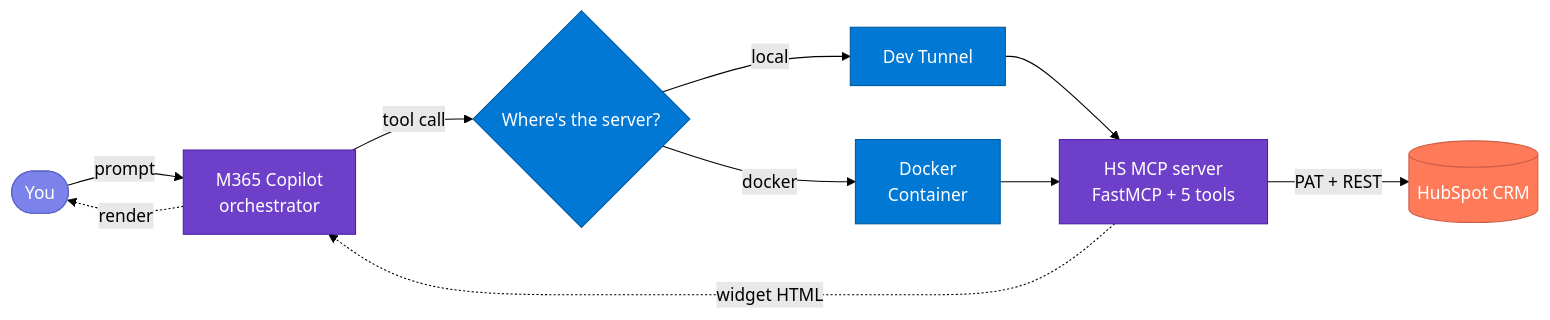
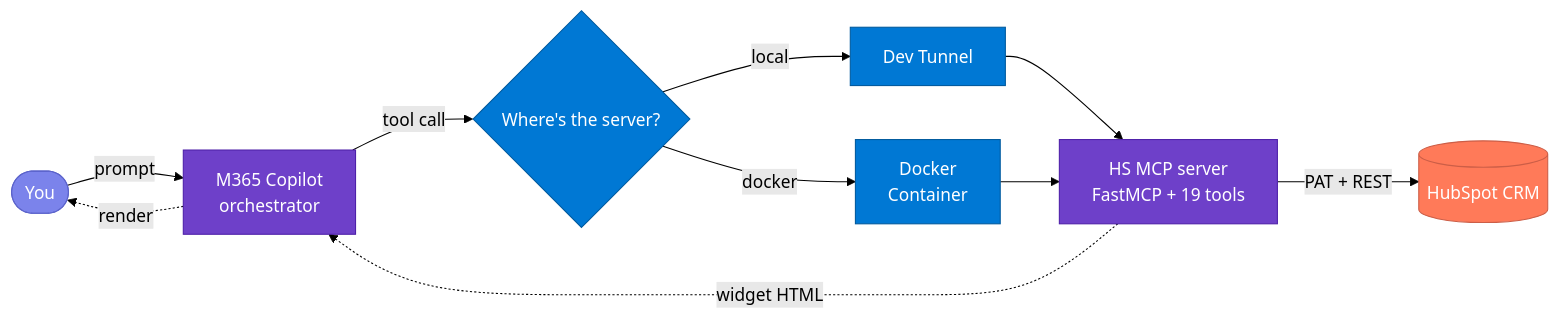
One commit to Gene-Fong/mcp-interactiveUI-samples changed the diagram in mcp-apps/hubspot-crm/python/README.md. Above: the diagram before and after it, drawn with Mermaid (forest theme). The commit also changed other lines of this file and 9 other files, not shown here.

````diff
--- a/mcp-apps/hubspot-crm/python/README.md
+++ b/mcp-apps/hubspot-crm/python/README.md
@@ -37,20 +46,20 @@
 ```mermaid
 flowchart LR
     U([You]) -->|prompt| C[M365 Copilot<br/>orchestrator]
     C -->|tool call| T{Where's the server?}
     T -->|local| DT[Dev Tunnel]
     T -->|docker| D[Docker<br/>Container]
-    DT --> S[HS MCP server<br/>FastMCP + 5 tools]
+    DT --> S[HS MCP server<br/>FastMCP + 19 tools]
     D --> S
     S -->|PAT + REST| HS[(HubSpot CRM)]
     S -.->|widget HTML| C
     C -.->|render| U
     classDef user fill:#7B83EB,stroke:#5B63CB,color:#fff
     classDef server fill:#6E40C9,stroke:#4E20A9,color:#fff
     classDef cloud fill:#0078D4,stroke:#005A9E,color:#fff
     classDef hs fill:#FF7A59,stroke:#CC5E47,color:#fff
     class U user
     class C,S server
     class DT,D,T cloud
     class HS hs
 ```
````
